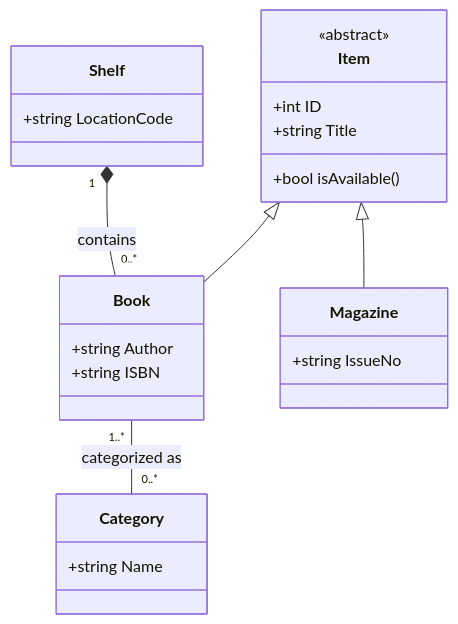
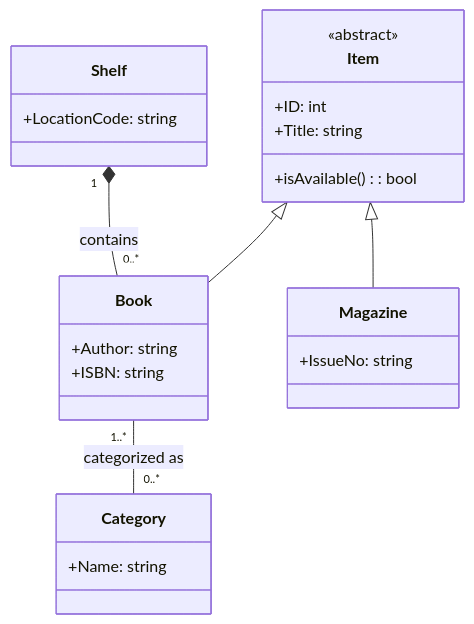
Before and after one commit to vince115/bank-exams: the diagram in docs/bot-bank/114-2QA.md, drawn with Mermaid.

Commit message:
docs: enable Mermaid rendering on GitHub Pages

````diff
--- a/docs/bot-bank/114-2QA.md
+++ b/docs/bot-bank/114-2QA.md
@@ -229,34 +229,36 @@
 ```mermaid
 classDiagram
 class Item {
-    <<abstract>>
-    +int ID
-    +string Title
-    +bool isAvailable()
-  }
+  +ID: int
+  +Title: string
+  +isAvailable(): bool
+}
+<<abstract>> Item
 
-   class Book {
-    +string Author
-    +string ISBN
-  }
+class Book {
+  +Author: string
+  +ISBN: string
+}
 
-    class Magazine {
-    +string IssueNo
-  }
+class Magazine {
+  +IssueNo: string
+}
 
-  class Category {
-    +string Name
-  }
+class Category {
+  +Name: string
+}
 
-   class Shelf {
-    +string LocationCode
-  }
- Item <|-- Book
-  Item <|-- Magazine
+class Shelf {
+  +LocationCode: string
+}
 
-  %% 多對多：書籍分類
-  Book "1..*" -- "0..*" Category : categorized as
+Item <|-- Book
+Item <|-- Magazine
 
-  %% 組合：書架擁有多本書
-  Shelf "1" *-- "0..*" Book : contains
+%% 多對多：書籍分類
+Book "1..*" -- "0..*" Category : categorized as
+
+%% 組合：書架擁有多本書
+Shelf "1" *-- "0..*" Book : contains
+
 ```
````
